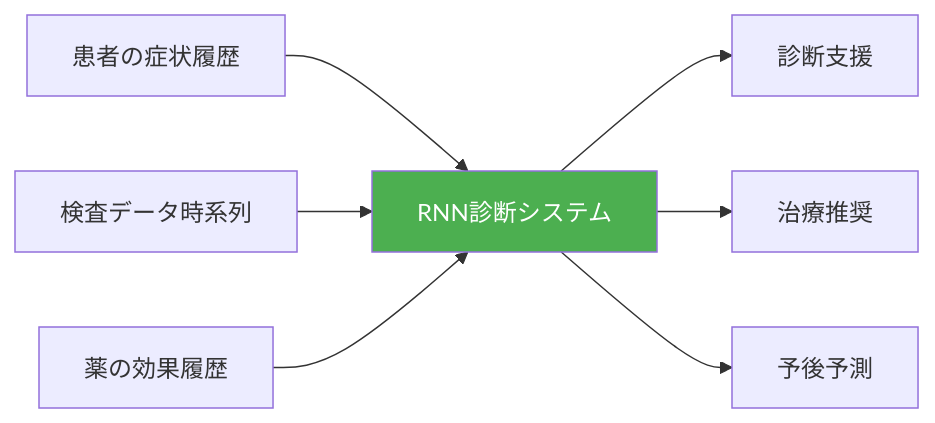
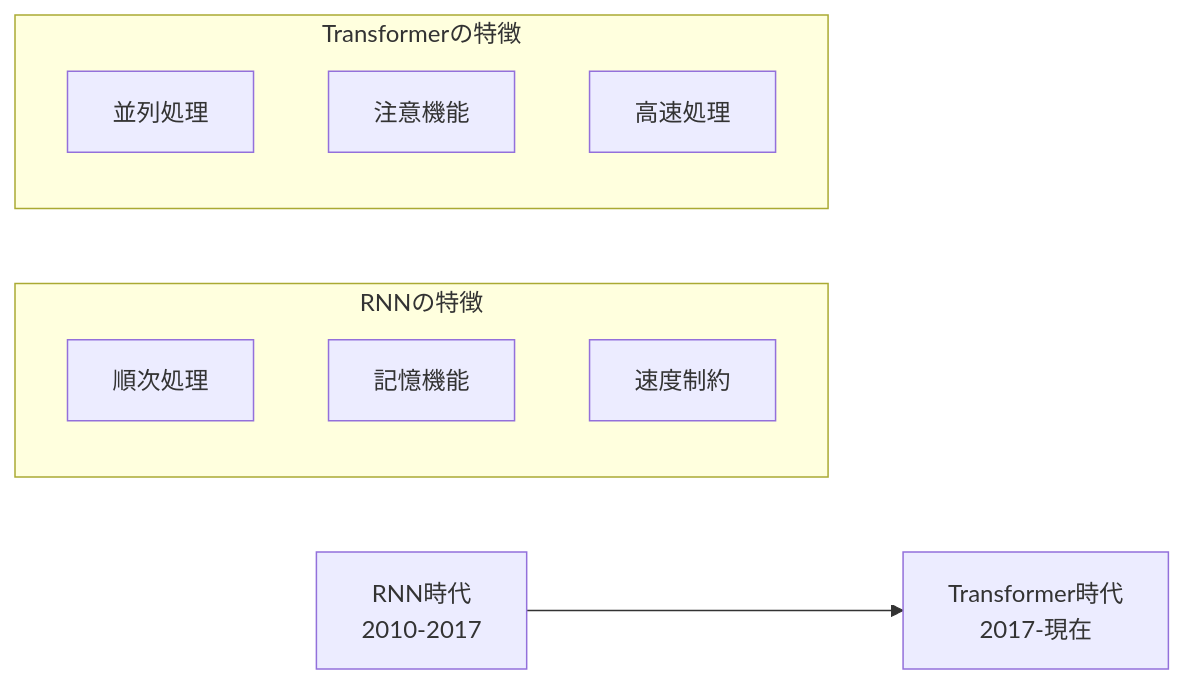
Before and after one commit to SparklingDetergent/doc_genai_mental_model: diagram 11 of 13 in AI/DeepLearning/RecurrentNeuralNetwork/README.MD, drawn with Mermaid. The commit also changed other lines of this file, not shown here.

````diff
--- a/AI/DeepLearning/RecurrentNeuralNetwork/README.MD
+++ b/AI/DeepLearning/RecurrentNeuralNetwork/README.MD
@@ -383,11 +340,16 @@
 ```mermaid
 graph LR
-    A[患者の症状履歴] --> B[RNN診断システム]
-    C[検査データ時系列] --> B
-    D[薬の効果履歴] --> B
-    B --> E[診断支援]
-    B --> F[治療推奨]
-    B --> G[予後予測]
+    A[RNN時代<br/>2010-2017] --> B[Transformer時代<br/>2017-現在]
     
-    style B fill:#4caf50,color:#fff
+    subgraph "RNNの特徴"
+        C[順次処理]
+        D[記憶機能]
+        E[速度制約]
+    end
+    
+    subgraph "Transformerの特徴" 
+        F[並列処理]
+        G[注意機能]
+        H[高速処理]
+    end
 ```
````
